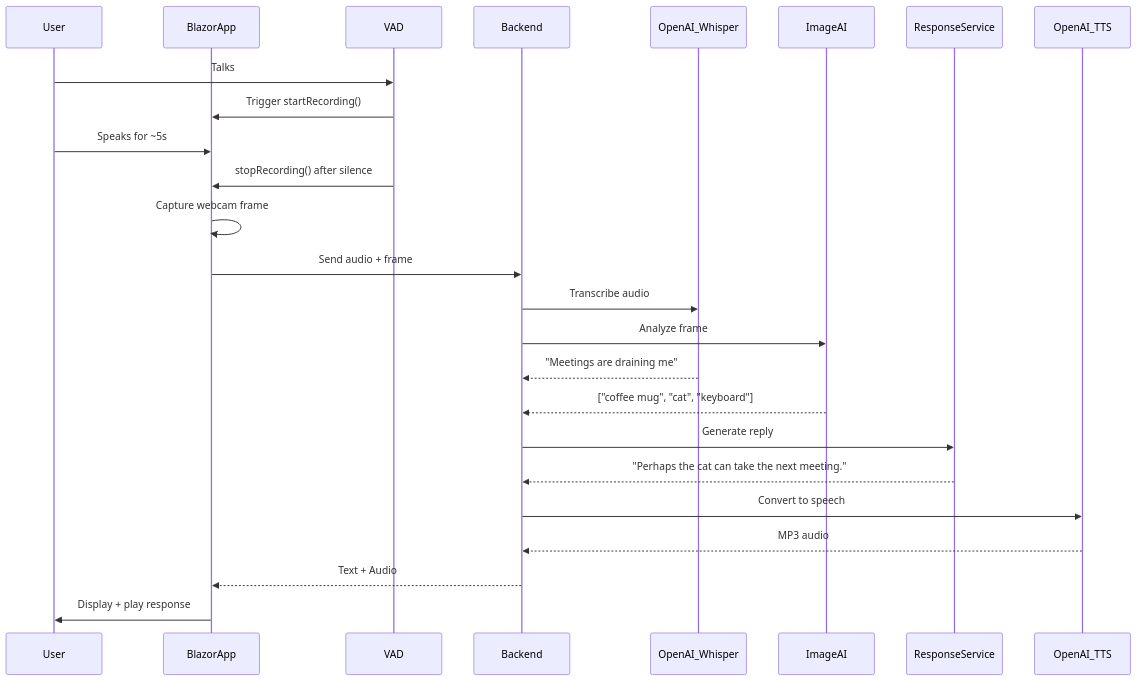
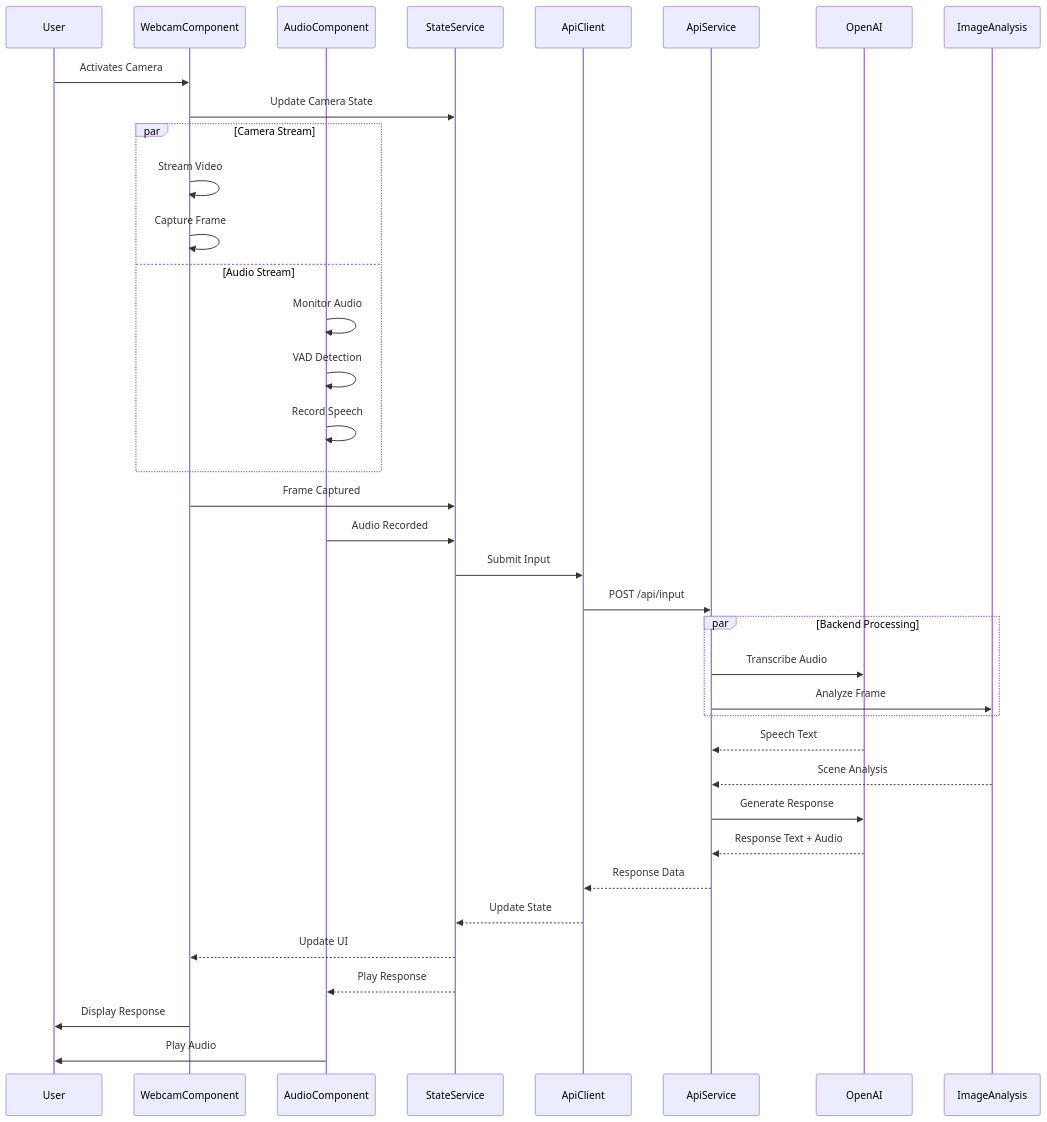
One commit to mgpeter/desktop-companion changed the first of 2 diagrams in README.md. Above: the diagram before and after it, drawn with Mermaid. The commit also changed other lines of this file and 1 other file, not shown here.

````diff
--- a/README.md
+++ b/README.md
@@ -67,32 +20,48 @@
 ```mermaid
 sequenceDiagram
-  participant User
-  participant BlazorApp
-  participant VAD
-  participant Backend
-  participant OpenAI_Whisper
-  participant ImageAI
-  participant ResponseService
-  participant OpenAI_TTS
+    participant User
+    participant WebcamComponent
+    participant AudioComponent
+    participant StateService
+    participant ApiClient
+    participant ApiService
+    participant OpenAI
+    participant ImageAnalysis
 
-  User->>VAD: Talks
-  VAD->>BlazorApp: Trigger startRecording()
-  User->>BlazorApp: Speaks for ~5s
-  VAD->>BlazorApp: stopRecording() after silence
-  BlazorApp->>BlazorApp: Capture webcam frame
-  BlazorApp->>Backend: Send audio + frame
+    User->>WebcamComponent: Activates Camera
+    WebcamComponent->>StateService: Update Camera State
+    
+    par Camera Stream
+        WebcamComponent->>WebcamComponent: Stream Video
+        WebcamComponent->>WebcamComponent: Capture Frame
+    and Audio Stream
+        AudioComponent->>AudioComponent: Monitor Audio
+        AudioComponent->>AudioComponent: VAD Detection
+        AudioComponent->>AudioComponent: Record Speech
+    end
 
-  Backend->>OpenAI_Whisper: Transcribe audio
-  Backend->>ImageAI: Analyze frame
-  OpenAI_Whisper-->>Backend: "Meetings are draining me"
-  ImageAI-->>Backend: ["coffee mug", "cat", "keyboard"]
+    WebcamComponent->>StateService: Frame Captured
+    AudioComponent->>StateService: Audio Recorded
+    StateService->>ApiClient: Submit Input
+    
+    ApiClient->>ApiService: POST /api/input
+    
+    par Backend Processing
+        ApiService->>OpenAI: Transcribe Audio
+        ApiService->>ImageAnalysis: Analyze Frame
+    end
+    
+    OpenAI-->>ApiService: Speech Text
+    ImageAnalysis-->>ApiService: Scene Analysis
+    
+    ApiService->>OpenAI: Generate Response
+    OpenAI-->>ApiService: Response Text + Audio
+    
+    ApiService-->>ApiClient: Response Data
+    ApiClient-->>StateService: Update State
+    StateService-->>WebcamComponent: Update UI
+    StateService-->>AudioComponent: Play Response
+    WebcamComponent->>User: Display Response
+    AudioComponent->>User: Play Audio
 
-  Backend->>ResponseService: Generate reply
-  ResponseService-->>Backend: "Perhaps the cat can take the next meeting."
-
-  Backend->>OpenAI_TTS: Convert to speech
-  OpenAI_TTS-->>Backend: MP3 audio
-
-  Backend-->>BlazorApp: Text + Audio
-  BlazorApp->>User: Display + play response
 ```
````
